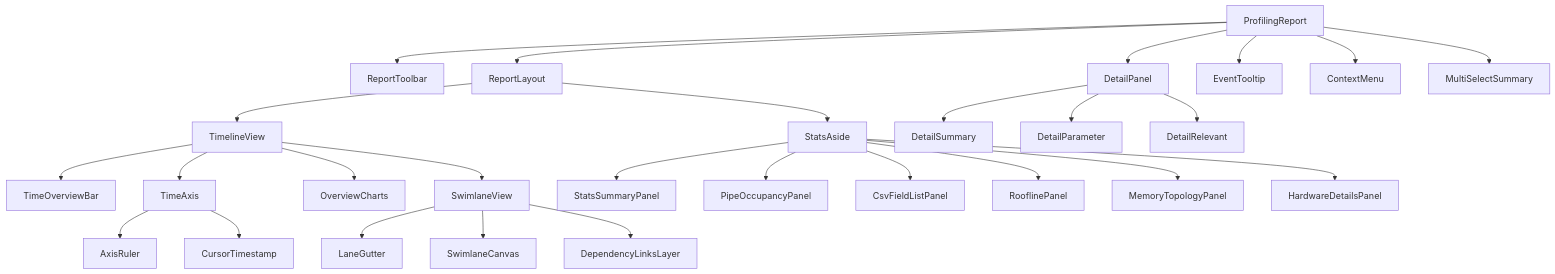
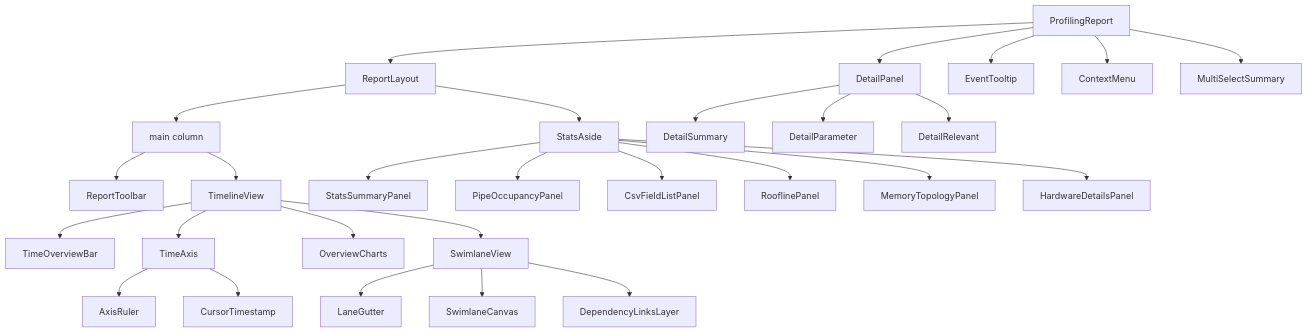
One commit to IdeFrontend/profiling-report changed the diagram in src/ui/COMPONENT_TREE.md. Above: the diagram before and after it, drawn with Mermaid. The commit also changed other lines of this file and 22 other files, not shown here.

Commit message:
Align report surface colors to v930 sketches and keep toolbar in the main column only.

````diff
--- a/src/ui/COMPONENT_TREE.md
+++ b/src/ui/COMPONENT_TREE.md
@@ -9,30 +9,31 @@
 ```mermaid
 flowchart TB
   root[ProfilingReport]
-  root --> toolbar[ReportToolbar]
   root --> layout[ReportLayout]
   root --> detail[DetailPanel]
   root --> tip[EventTooltip]
   root --> menu[ContextMenu]
   root --> multi[MultiSelectSummary]
-  layout --> timeline[TimelineView]
+  layout --> mainCol[main column]
   layout --> aside[StatsAside]
+  mainCol --> toolbar[ReportToolbar]
+  mainCol --> timeline[TimelineView]
   timeline --> overviewBar[TimeOverviewBar]
   timeline --> timeAxis[TimeAxis]
   timeAxis --> ruler[AxisRuler]
   timeAxis --> cursor[CursorTimestamp]
   timeline --> overviewCharts[OverviewCharts]
   timeline --> swim[SwimlaneView]
   swim --> gutter[LaneGutter]
   swim --> canvas[SwimlaneCanvas]
   swim --> deps[DependencyLinksLayer]
   aside --> summary[StatsSummaryPanel]
   aside --> pipe[PipeOccupancyPanel]
   aside --> csv[CsvFieldListPanel]
   aside --> roof[RooflinePanel]
   aside --> mem[MemoryTopologyPanel]
   aside --> hw[HardwareDetailsPanel]
   detail --> dsum[DetailSummary]
   detail --> dparam[DetailParameter]
   detail --> drel[DetailRelevant]
 ```
````
